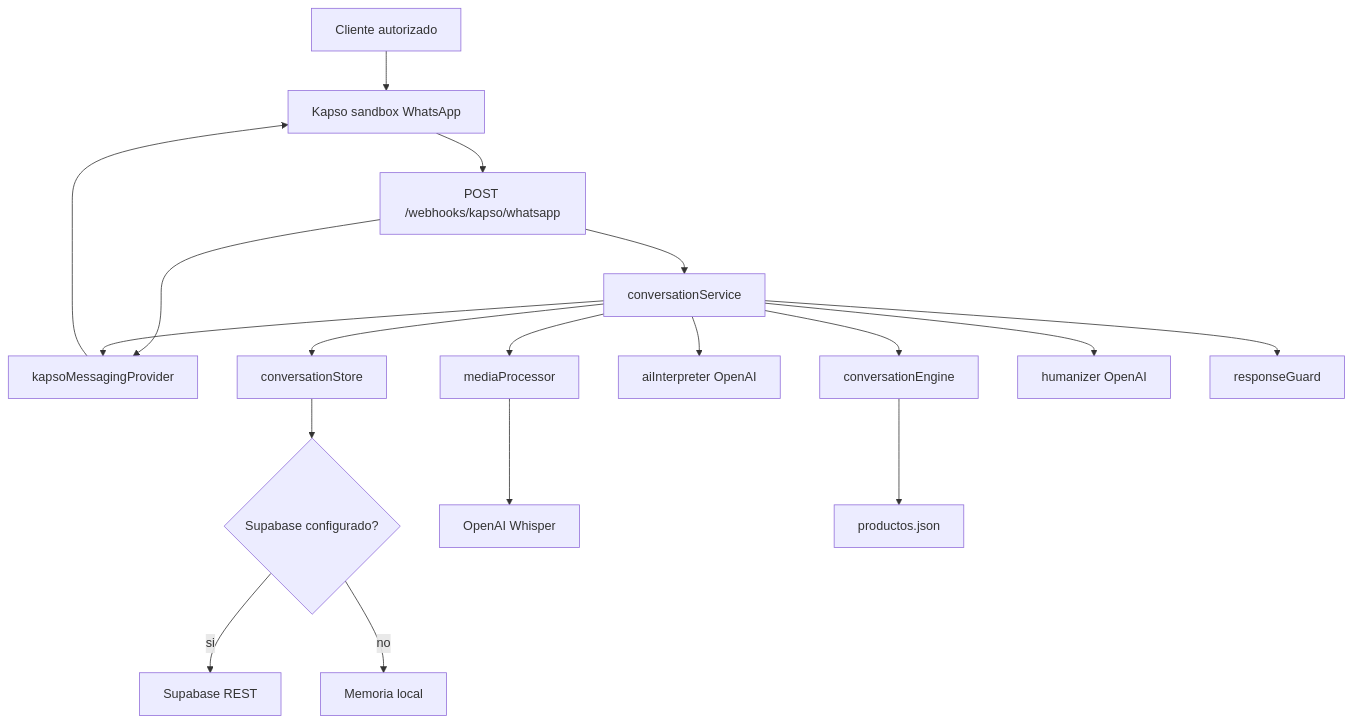
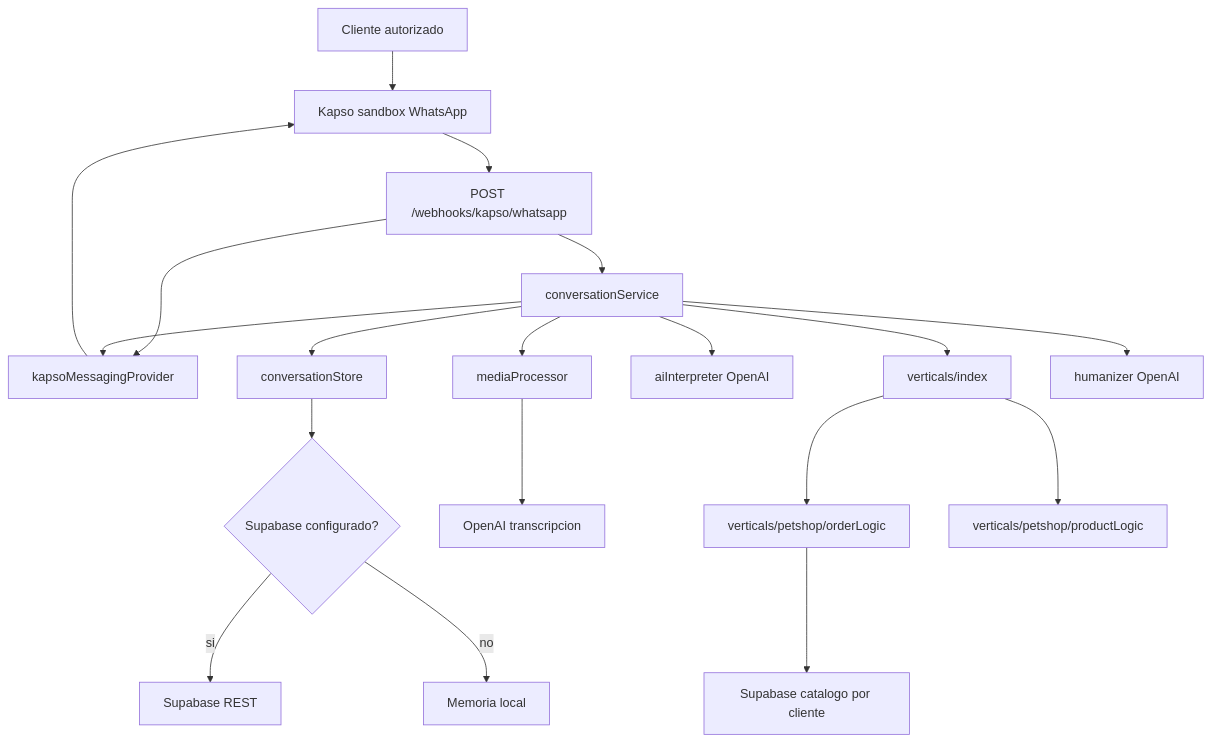
Before and after one commit to FGomezOspina/whatssappAI: the diagram in docs/project-context.md, drawn with Mermaid. The commit also changed other lines of this file and 36 other files, not shown here.

````diff
--- a/docs/project-context.md
+++ b/docs/project-context.md
@@ -19,20 +19,21 @@
 ```mermaid
 flowchart TD
   A["Cliente autorizado"] --> B["Kapso sandbox WhatsApp"]
   B --> C["POST /webhooks/kapso/whatsapp"]
   C --> D["kapsoMessagingProvider"]
   C --> E["conversationService"]
   E --> F["conversationStore"]
   F --> G{"Supabase configurado?"}
   G -->|si| H["Supabase REST"]
   G -->|no| I["Memoria local"]
   E --> J["mediaProcessor"]
-  J --> K["OpenAI Whisper"]
+  J --> K["OpenAI transcripcion"]
   E --> L["aiInterpreter OpenAI"]
-  E --> M["conversationEngine"]
-  M --> N["productos.json"]
+  E --> V["verticals/index"]
+  V --> M["verticals/petshop/orderLogic"]
+  M --> N["Supabase catalogo por cliente"]
   E --> O["humanizer OpenAI"]
-  E --> P["responseGuard"]
+  V --> P["verticals/petshop/productLogic"]
   E --> D
   D --> B
 ```
````
